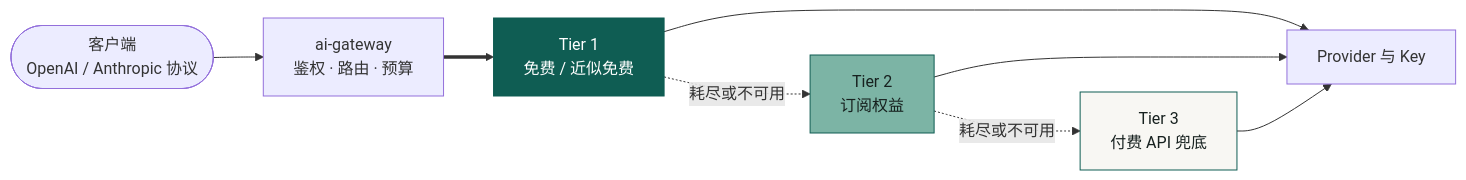
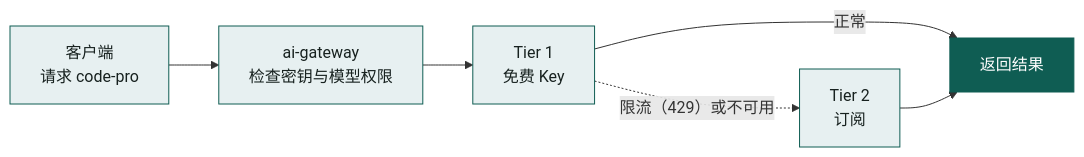
Before and after one commit to fongap-labs/ai-gateway: the first of 3 diagrams in README.md, drawn with Mermaid. The commit also changed other lines of this file, not shown here.

````diff
--- a/README.md
+++ b/README.md
@@ -30,16 +44,12 @@
 ```mermaid
 flowchart LR
-    client(["客户端<br/>OpenAI / Anthropic 协议"]) --> gw["ai-gateway<br/>鉴权 · 路由 · 预算"]
-    gw ==> tierOne["Tier 1<br/>免费 / 近似免费"]
-    tierOne -. 耗尽或不可用 .-> tierTwo["Tier 2<br/>订阅权益"]
-    tierTwo -. 耗尽或不可用 .-> tierThree["Tier 3<br/>付费 API 兜底"]
-    tierOne --> up["Provider 与 Key"]
-    tierTwo --> up
-    tierThree --> up
-    classDef capacityPrimary fill:#0f5d53,stroke:#0f5d53,color:#ffffff
-    classDef capacitySecondary fill:#7cb4a5,stroke:#0f5d53,color:#17211f
-    classDef capacityReserve fill:#f8f7f3,stroke:#0f5d53,color:#17211f
-    class tierOne capacityPrimary
-    class tierTwo capacitySecondary
-    class tierThree capacityReserve
+    A["客户端<br/>请求 code-pro"] --> B["ai-gateway<br/>检查密钥与模型权限"]
+    B --> C["Tier 1<br/>免费 Key"]
+    C -- 正常 --> E["返回结果"]
+    C -. 限流（429）或不可用 .-> D["Tier 2<br/>订阅"]
+    D --> E
+    classDef brand fill:#0f5d53,stroke:#0f5d53,color:#ffffff
+    classDef soft fill:#E7F0F1,stroke:#0f5d53,color:#17211f
+    class E brand
+    class A,B,C,D soft
 ```
````
